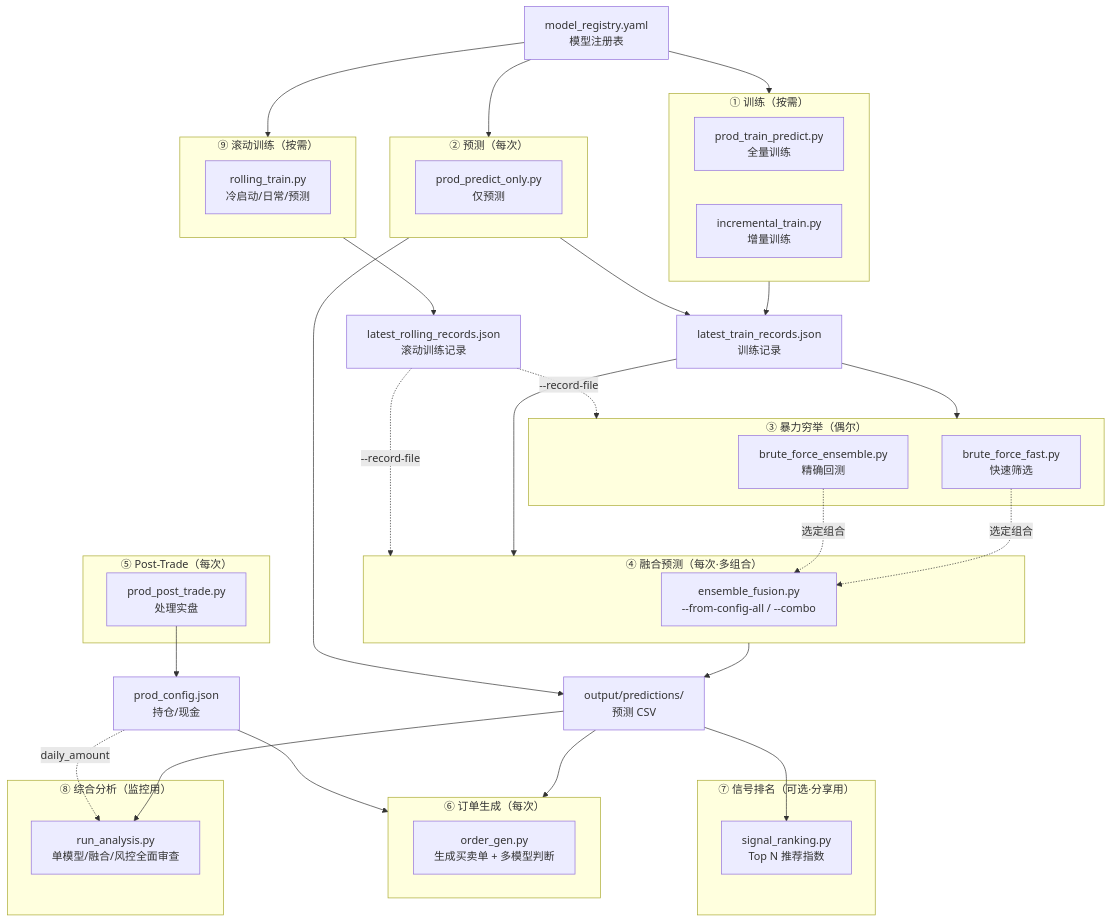
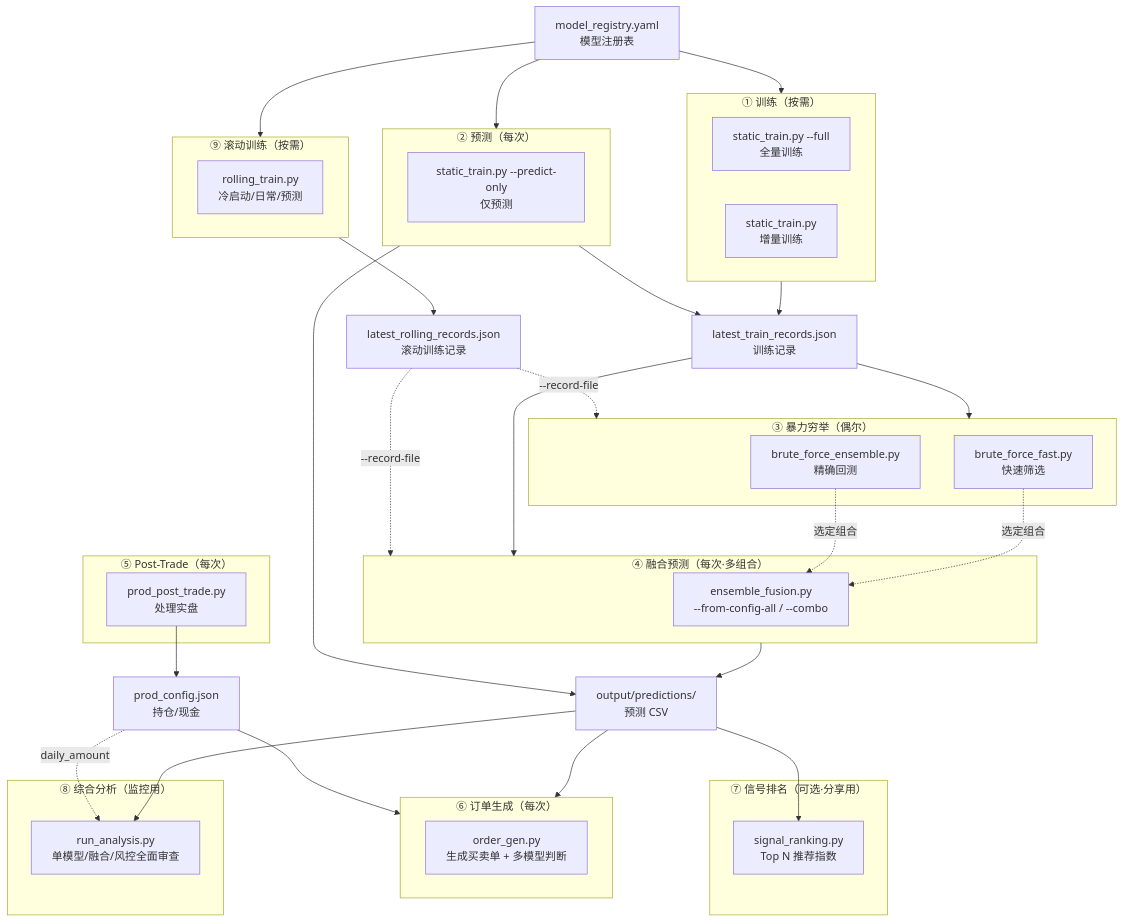
One commit to DarkLink/QuantPits changed the diagram in docs/00_SYSTEM_OVERVIEW.md. Above: the diagram before and after it, drawn with Mermaid. The commit also changed other lines of this file and 29 other files, not shown here.

````diff
--- a/docs/00_SYSTEM_OVERVIEW.md
+++ b/docs/00_SYSTEM_OVERVIEW.md
@@ -46,67 +46,67 @@
 ```mermaid
 flowchart TB
     subgraph TRAIN["① 训练（按需）"]
-        TP["prod_train_predict.py<br/>全量训练"]
-        IT["incremental_train.py<br/>增量训练"]
+        TP["static_train.py --full<br/>全量训练"]
+        IT["static_train.py<br/>增量训练"]
     end
 
     subgraph ROLLING["⑨ 滚动训练（按需）"]
         RT["rolling_train.py<br/>冷启动/日常/预测"]
     end
 
     subgraph PREDICT["② 预测（每次）"]
-        PO["prod_predict_only.py<br/>仅预测"]
+        PO["static_train.py --predict-only<br/>仅预测"]
     end
 
     subgraph BRUTEFORCE["③ 暴力穷举（偶尔）"]
         BF["brute_force_ensemble.py<br/>精确回测"]
         BFF["brute_force_fast.py<br/>快速筛选"]
     end
 
     subgraph FUSION["④ 融合预测（每次·多组合）"]
         EF["ensemble_fusion.py<br/>--from-config-all / --combo"]
     end
 
     subgraph POSTTRADE["⑤ Post-Trade（每次）"]
         PT["prod_post_trade.py<br/>处理实盘"]
     end
 
     subgraph ORDERGEN["⑥ 订单生成（每次）"]
         OG["order_gen.py<br/>生成买卖单 + 多模型判断"]
     end
 
     subgraph SIGNAL["⑦ 信号排名（可选·分享用）"]
         SR["signal_ranking.py<br/>Top N 推荐指数"]
     end
 
     subgraph ANALYSIS["⑧ 综合分析（监控用）"]
         AN["run_analysis.py<br/>单模型/融合/风控全面审查"]
     end
 
     REG["model_registry.yaml<br/>模型注册表"]
     LTR["latest_train_records.json<br/>训练记录"]
     LRR["latest_rolling_records.json<br/>滚动训练记录"]
     PRED_CSV["output/predictions/<br/>预测 CSV"]
     WC["prod_config.json<br/>持仓/现金"]
 
     REG --> TRAIN
     REG --> PREDICT
     REG --> ROLLING
     TRAIN --> LTR
     PREDICT --> LTR
     ROLLING --> LRR
     LTR --> BRUTEFORCE
     LTR --> FUSION
     LRR -.->|--record-file| BRUTEFORCE
     LRR -.->|--record-file| FUSION
     FUSION --> PRED_CSV
     PREDICT --> PRED_CSV
     PRED_CSV --> ORDERGEN
     PRED_CSV --> SR
     PRED_CSV --> AN
     PT --> WC
     WC --> ORDERGEN
     WC -.->|daily_amount| AN
     BFF -.->|选定组合| EF
     BF -.->|选定组合| EF
 ```
````
